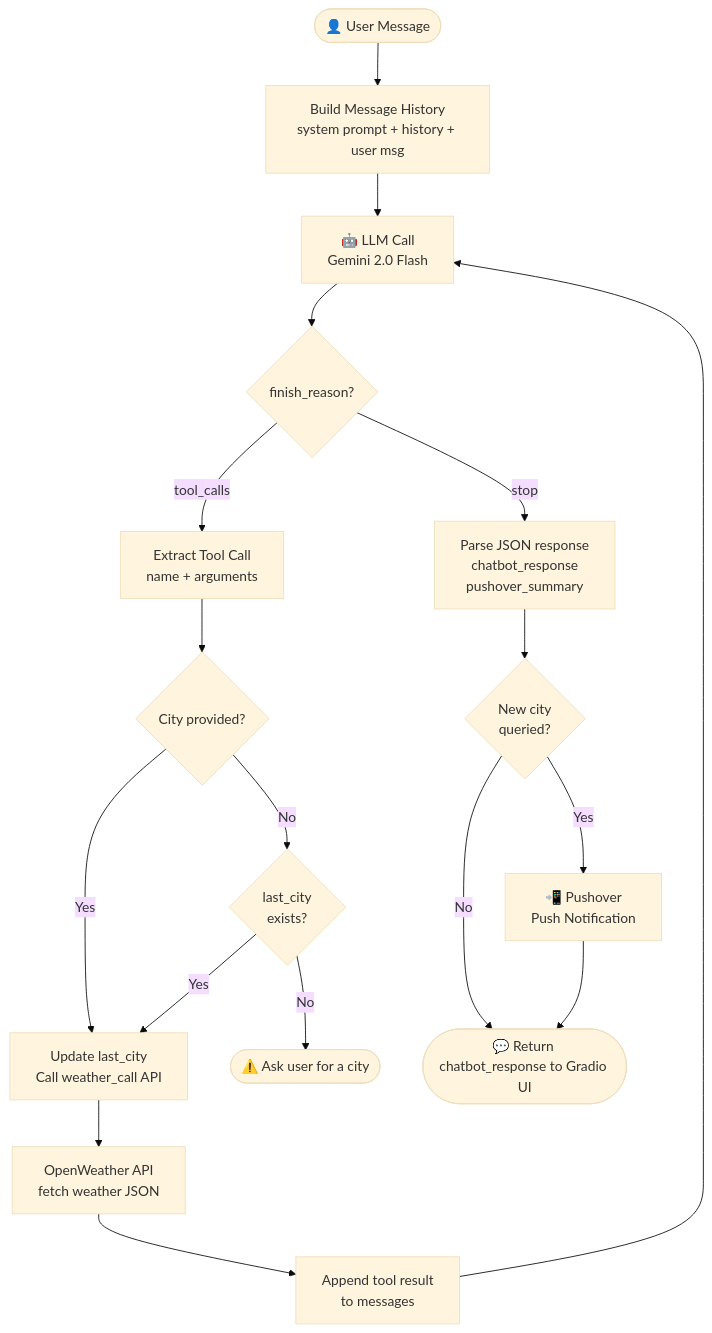
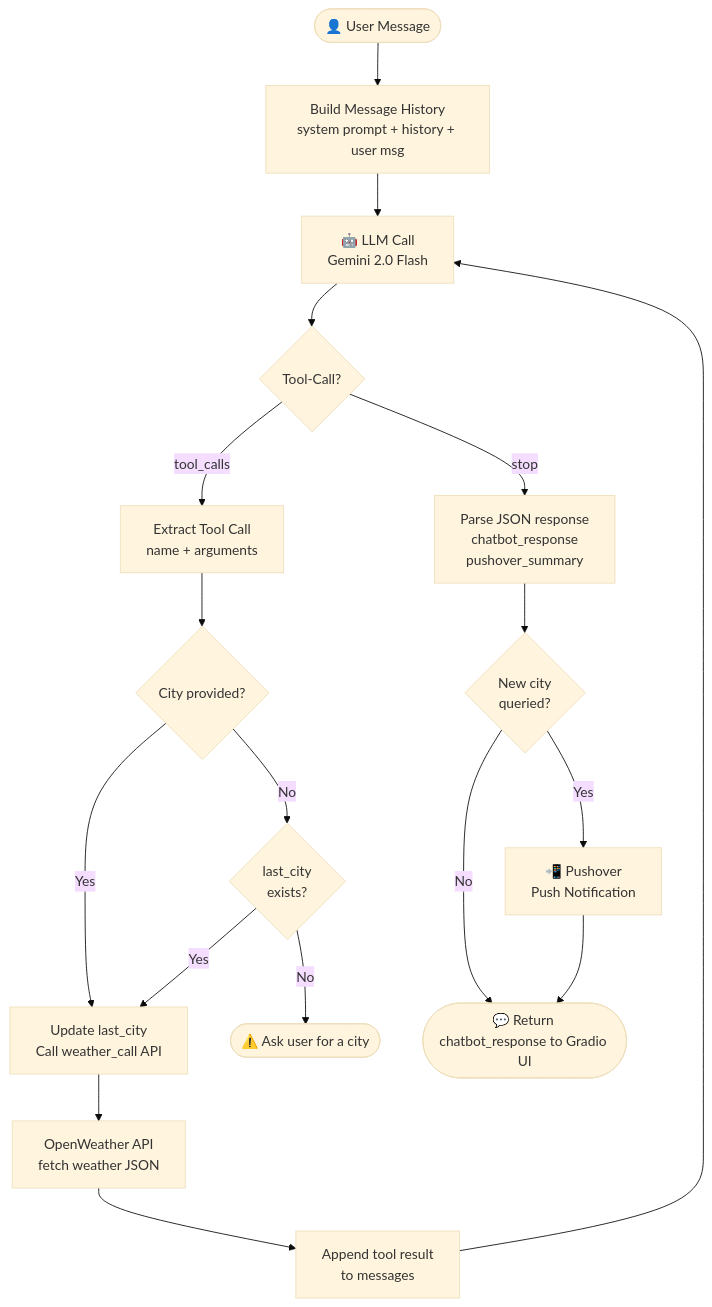
The diagram in README.md (soumil2334/Weather-Chatbot), drawn with Mermaid (base theme) before and after one commit.

Commit message:
Changes Committed

````diff
--- a/README.md
+++ b/README.md
@@ -52,27 +52,27 @@
 ```mermaid
 flowchart TD
     A([👤 User Message]) --> B["Build Message History<br/>system prompt + history + user msg"]
     B --> C["🤖 LLM Call<br/>Gemini 2.0 Flash"]
 
-    C --> D{finish_reason?}
+    C --> D{Tool-Call?}
 
     D -- tool_calls --> E["Extract Tool Call<br/>name + arguments"]
     E --> F{City provided?}
 
     F -- Yes --> G["Update last_city<br/>Call weather_call API"]
     F -- No --> H{"last_city<br/>exists?"}
 
     H -- Yes --> G
     H -- No --> I([" ⚠️ Ask user for a city"])
 
     G --> J["OpenWeather API<br/>fetch weather JSON"]
     J --> K["Append tool result<br/>to messages"]
     K --> C
 
     D -- stop --> L["Parse JSON response<br/>chatbot_response<br/>pushover_summary"]
 
     L --> M{"New city<br/>queried?"}
     M -- Yes --> N["📲 Pushover<br/>Push Notification"]
     M -- No --> O
     N --> O([" 💬 Return chatbot_response to Gradio UI"])
 ```
````
